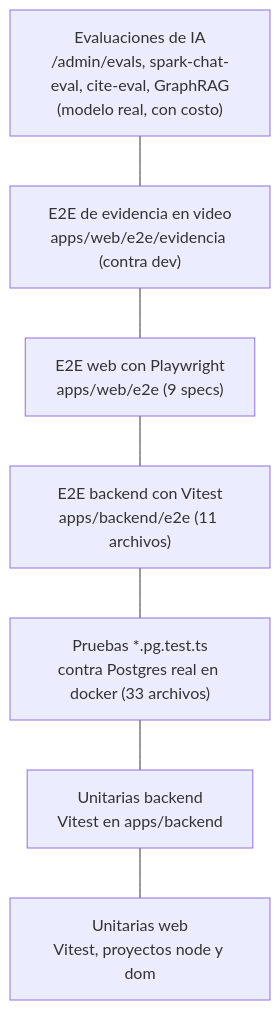
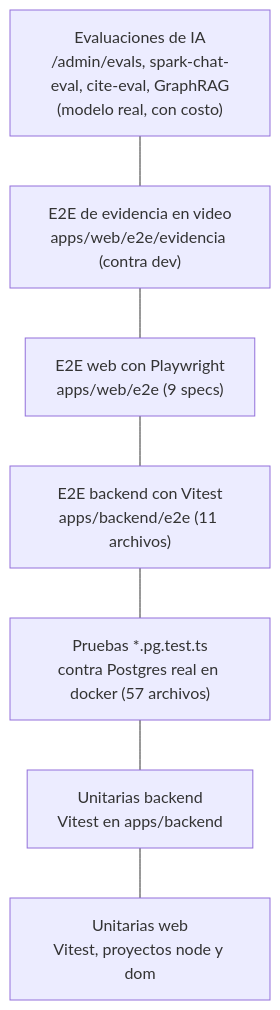
The diagram in docs/07-calidad/estrategia-de-pruebas.md (ecosistemas-de-conocimiento/ecosistemas-de-conocimiento), drawn with Mermaid before and after one commit. The commit also changed other lines of this file and 8 other files, not shown here.

First line of the commit message:
docs(datos,infra,calidad): migraciones, respaldos, variables y pruebas contra main (2026-11-10)

````diff
--- a/docs/07-calidad/estrategia-de-pruebas.md
+++ b/docs/07-calidad/estrategia-de-pruebas.md
@@ -18,11 +18,11 @@
 ```mermaid
 flowchart TB
     E["Evaluaciones de IA<br/>/admin/evals, spark-chat-eval, cite-eval, GraphRAG<br/>(modelo real, con costo)"]
     V["E2E de evidencia en video<br/>apps/web/e2e/evidencia (contra dev)"]
     W["E2E web con Playwright<br/>apps/web/e2e (9 specs)"]
     B["E2E backend con Vitest<br/>apps/backend/e2e (11 archivos)"]
-    P["Pruebas *.pg.test.ts<br/>contra Postgres real en docker (33 archivos)"]
+    P["Pruebas *.pg.test.ts<br/>contra Postgres real en docker (57 archivos)"]
     U2["Unitarias backend<br/>Vitest en apps/backend"]
     U1["Unitarias web<br/>Vitest, proyectos node y dom"]
     E --- V --- W --- B --- P --- U2 --- U1
 ```
````
